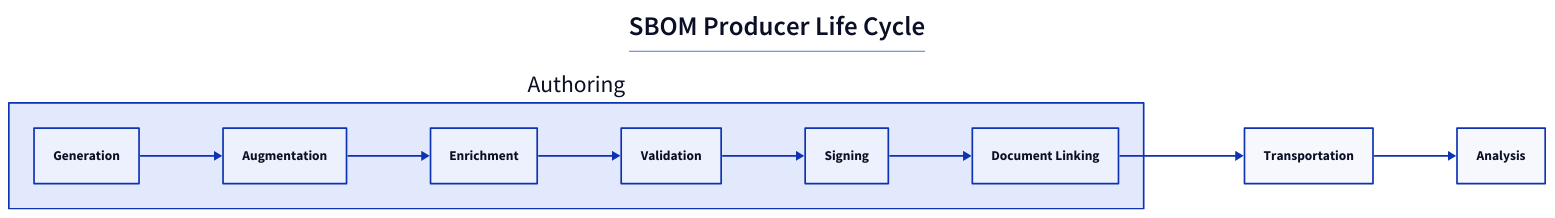
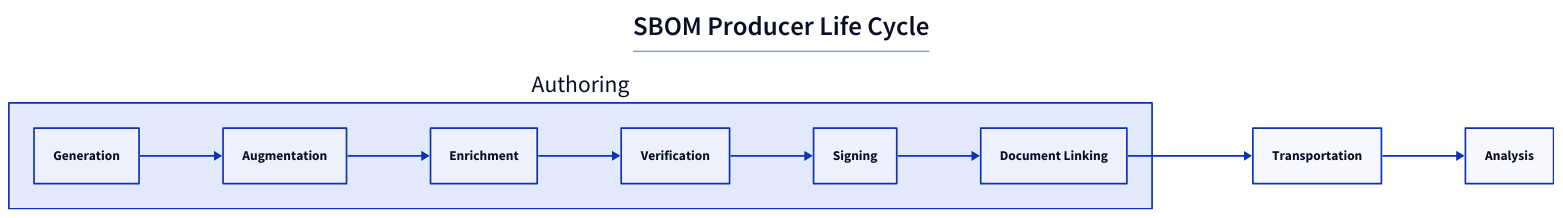
The diagram in assets/lifecycle.d2 (CISA-SBOM-Community/SBOM-Generation), drawn with D2 before and after one commit. The commit also changed 11 other files, not shown here.

```diff
--- a/assets/lifecycle.d2
+++ b/assets/lifecycle.d2
@@ -1,27 +1,27 @@
 direction: right
 
 title: |md
 
   # SBOM Producer Life Cycle
 
 | {near: top-center}
 
 Authoring: {
   Generation
   Augmentation
   Enrichment
-  Validation
+  Verification
   Signing
   Document Linking
 }
 
 Transportation
 
 Analysis
 
 Authoring.Generation -> Authoring.Augmentation
 Authoring.Augmentation -> Authoring.Enrichment
-Authoring.Enrichment -> Authoring.Validation
-Authoring.Validation -> Authoring.Signing
+Authoring.Enrichment -> Authoring.Verification
+Authoring.Verification -> Authoring.Signing
 Authoring.Signing -> Authoring."Document Linking"
 Authoring."Document Linking" -> Transportation -> Analysis
```
